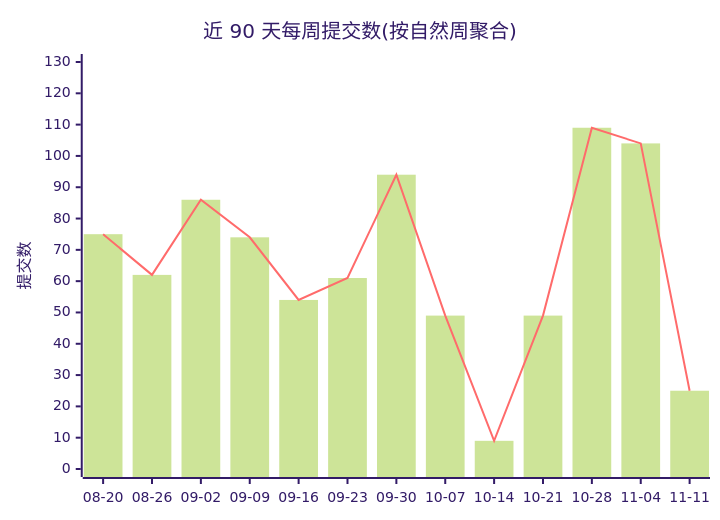
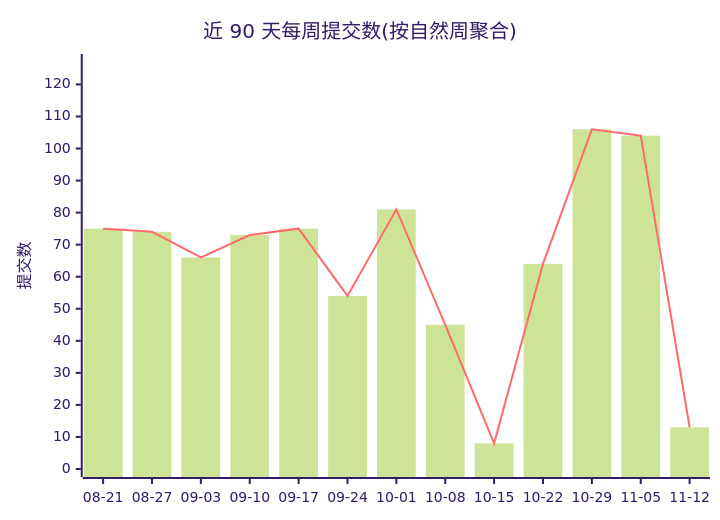
The first of 2 diagrams in profile/README.md (Conflux-Union/.github), drawn with Mermaid (forest theme) before and after one commit. The commit also changed other lines of this file and 1 other file, not shown here.

````diff
--- a/profile/README.md
+++ b/profile/README.md
@@ -47,8 +47,8 @@
 ```mermaid
 xychart-beta
     title "近 90 天每周提交数(按自然周聚合)"
-    x-axis ["08-20", "08-26", "09-02", "09-09", "09-16", "09-23", "09-30", "10-07", "10-14", "10-21", "10-28", "11-04", "11-11"]
-    y-axis "提交数" 0 --> 130
-    bar [75, 62, 86, 74, 54, 61, 94, 49, 9, 49, 109, 104, 25]
-    line [75, 62, 86, 74, 54, 61, 94, 49, 9, 49, 109, 104, 25]
+    x-axis ["08-21", "08-27", "09-03", "09-10", "09-17", "09-24", "10-01", "10-08", "10-15", "10-22", "10-29", "11-05", "11-12"]
+    y-axis "提交数" 0 --> 127
+    bar [75, 74, 66, 73, 75, 54, 81, 45, 8, 64, 106, 104, 13]
+    line [75, 74, 66, 73, 75, 54, 81, 45, 8, 64, 106, 104, 13]
 ```
````
